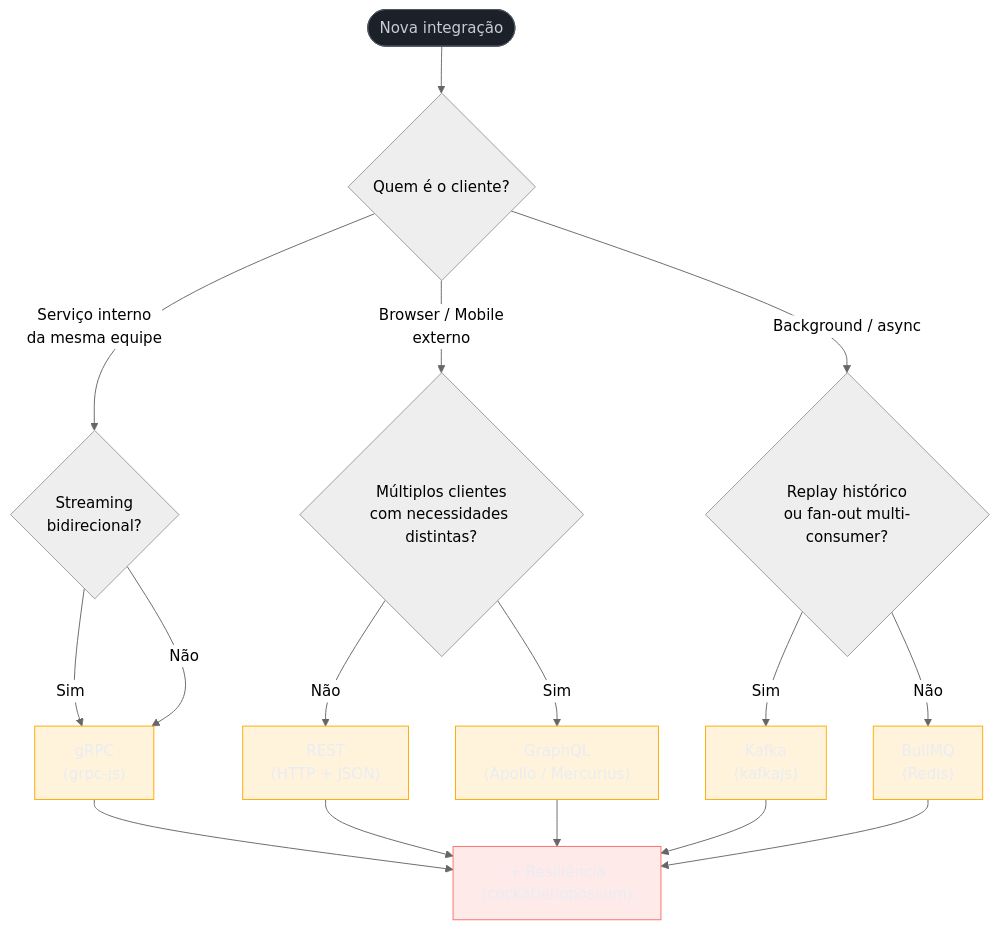
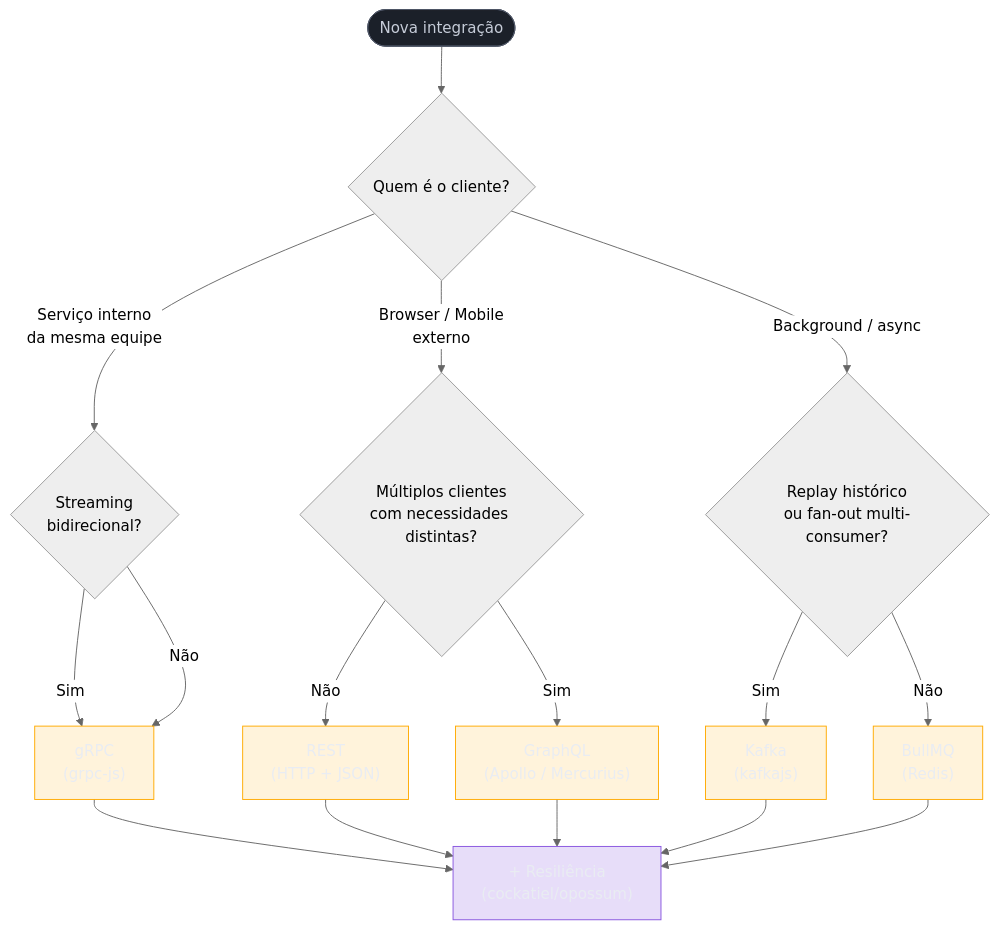
One commit to josenaldo/codex-technomanticus changed the diagram in 03-Dominios/Tecnologia/Node/Integrações/10 - Cheatsheet e decision tree de integrações.md. Above: the diagram before and after it, drawn with Mermaid (neutral theme). The commit also changed 601 other files, not shown here.

````diff
--- a/03-Dominios/Tecnologia/Node/Integrações/10 - Cheatsheet e decision tree de integrações.md
+++ b/03-Dominios/Tecnologia/Node/Integrações/10 - Cheatsheet e decision tree de integrações.md
@@ -62,34 +62,34 @@
 ```mermaid
 flowchart TD
+    classDef marca fill:#8855DF33,stroke:#8855DF,color:#E9ECF2
     classDef neutro fill:#1B2029,stroke:#4E5666,color:#C6CCD8
     classDef destaque fill:#FFAA0024,stroke:#FFAA00,color:#E9ECF2
-    classDef falha fill:#FF6B6B24,stroke:#FF6B6B,color:#E9ECF2
     START([Nova integração]) --> Q1{Quem é o cliente?}
 
     Q1 -->|Serviço interno\nda mesma equipe| Q2{Streaming\nbidirecional?}
     Q1 -->|Browser / Mobile\nexterno| Q3{Múltiplos clientes\ncom necessidades distintas?}
     Q1 -->|Background / async| Q4{Replay histórico\nou fan-out multi-consumer?}
 
     Q2 -->|Sim| GRPC["gRPC\n(grpc-js)"]
     Q2 -->|Não| GRPC
 
     Q3 -->|Sim| GQL["GraphQL\n(Apollo / Mercurius)"]
     Q3 -->|Não| REST["REST\n(HTTP + JSON)"]
 
     Q4 -->|Sim| KAFKA["Kafka\n(kafkajs)"]
     Q4 -->|Não| BULLMQ["BullMQ\n(Redis)"]
 
     GRPC --> RES["+ Resiliência\n(cockatiel/opossum)"]
     REST --> RES
     GQL --> RES
     KAFKA --> RES
     BULLMQ --> RES
 
     class START neutro
     class GRPC destaque
     class GQL destaque
     class REST destaque
     class KAFKA destaque
     class BULLMQ destaque
-    class RES falha
+    class RES marca
 ```
````
